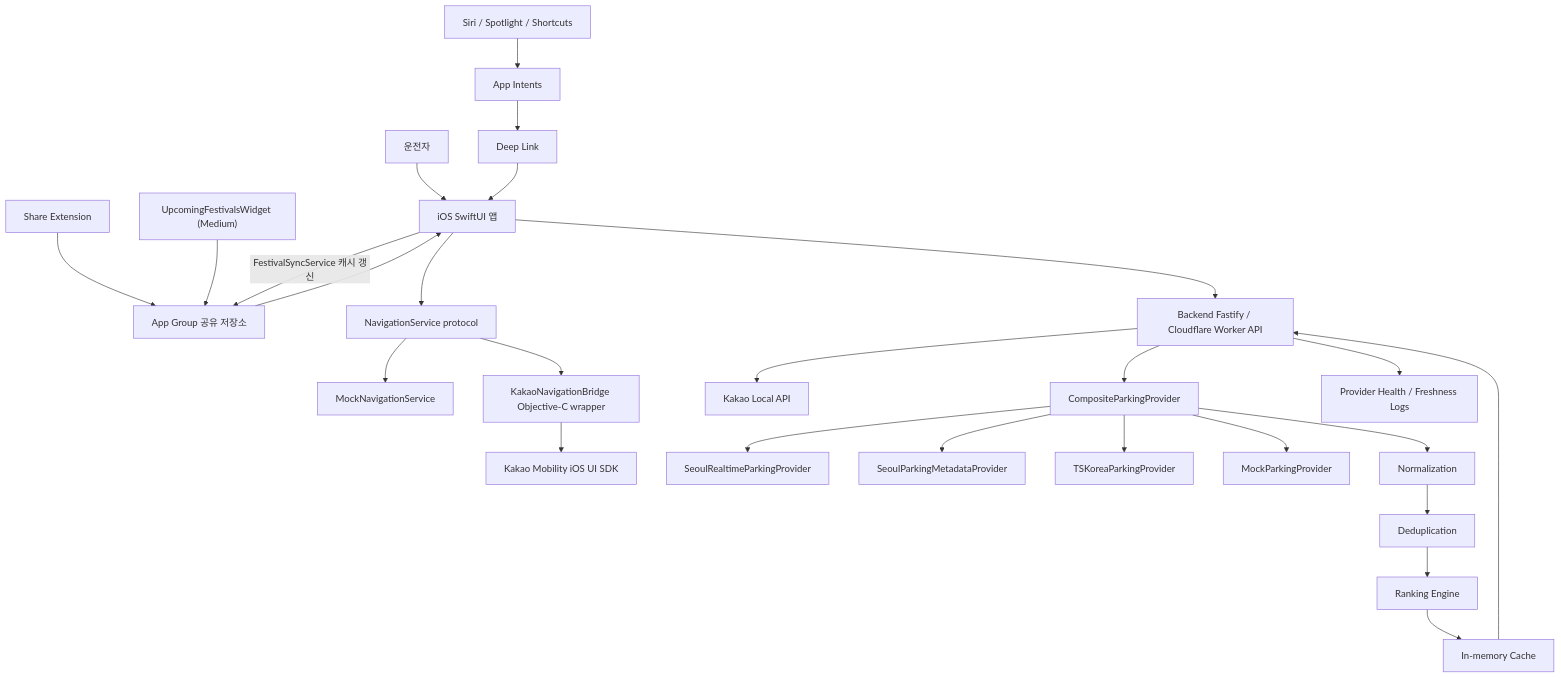
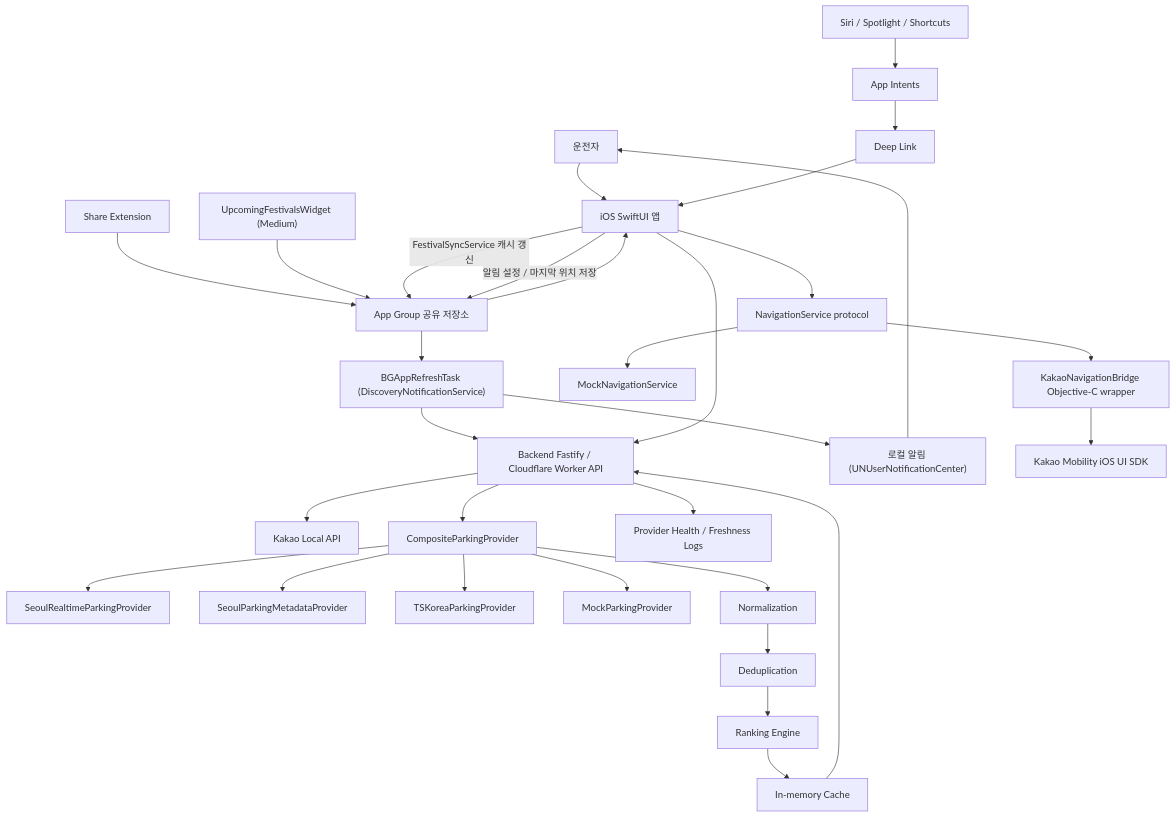
The diagram in docs/architecture/system-diagram.md (sangminbis9/parking-lot-navigator), drawn with Mermaid before and after one commit. The commit also changed other lines of this file and 4 other files, not shown here.

Commit message:
Update docs for customizable notification settings and background discovery

````diff
--- a/docs/architecture/system-diagram.md
+++ b/docs/architecture/system-diagram.md
@@ -3,33 +3,39 @@
 ```mermaid
 flowchart TD
   User["운전자"] --> IOS["iOS SwiftUI 앱"]
   Siri["Siri / Spotlight / Shortcuts"] --> Intents["App Intents"]
   Share["Share Extension"] --> SharedStore["App Group 공유 저장소"]
   Widget["UpcomingFestivalsWidget (Medium)"] --> SharedStore
   DeepLink["Deep Link"] --> IOS
 
   Intents --> DeepLink
   SharedStore --> IOS
   IOS -- "FestivalSyncService 캐시 갱신" --> SharedStore
+  IOS -- "알림 설정 / 마지막 위치 저장" --> SharedStore
+
+  BGTask["BGAppRefreshTask (DiscoveryNotificationService)"] --> API
+  SharedStore --> BGTask
+  BGTask --> LocalNotif["로컬 알림 (UNUserNotificationCenter)"]
+  LocalNotif --> User
 
   IOS --> API["Backend Fastify / Cloudflare Worker API"]
   IOS --> NavService["NavigationService protocol"]
   NavService --> MockNav["MockNavigationService"]
   NavService --> KakaoBridge["KakaoNavigationBridge Objective-C wrapper"]
   KakaoBridge --> KakaoNav["Kakao Mobility iOS UI SDK"]
 
   API --> KakaoLocal["Kakao Local API"]
   API --> Composite["CompositeParkingProvider"]
   Composite --> SeoulRT["SeoulRealtimeParkingProvider"]
   Composite --> SeoulMeta["SeoulParkingMetadataProvider"]
   Composite --> TS["TSKoreaParkingProvider"]
   Composite --> Mock["MockParkingProvider"]
 
   Composite --> Normalize["Normalization"]
   Normalize --> Dedup["Deduplication"]
   Dedup --> Rank["Ranking Engine"]
   Rank --> Cache["In-memory Cache"]
   Cache --> API
 
   API --> Health["Provider Health / Freshness Logs"]
 ```
````
